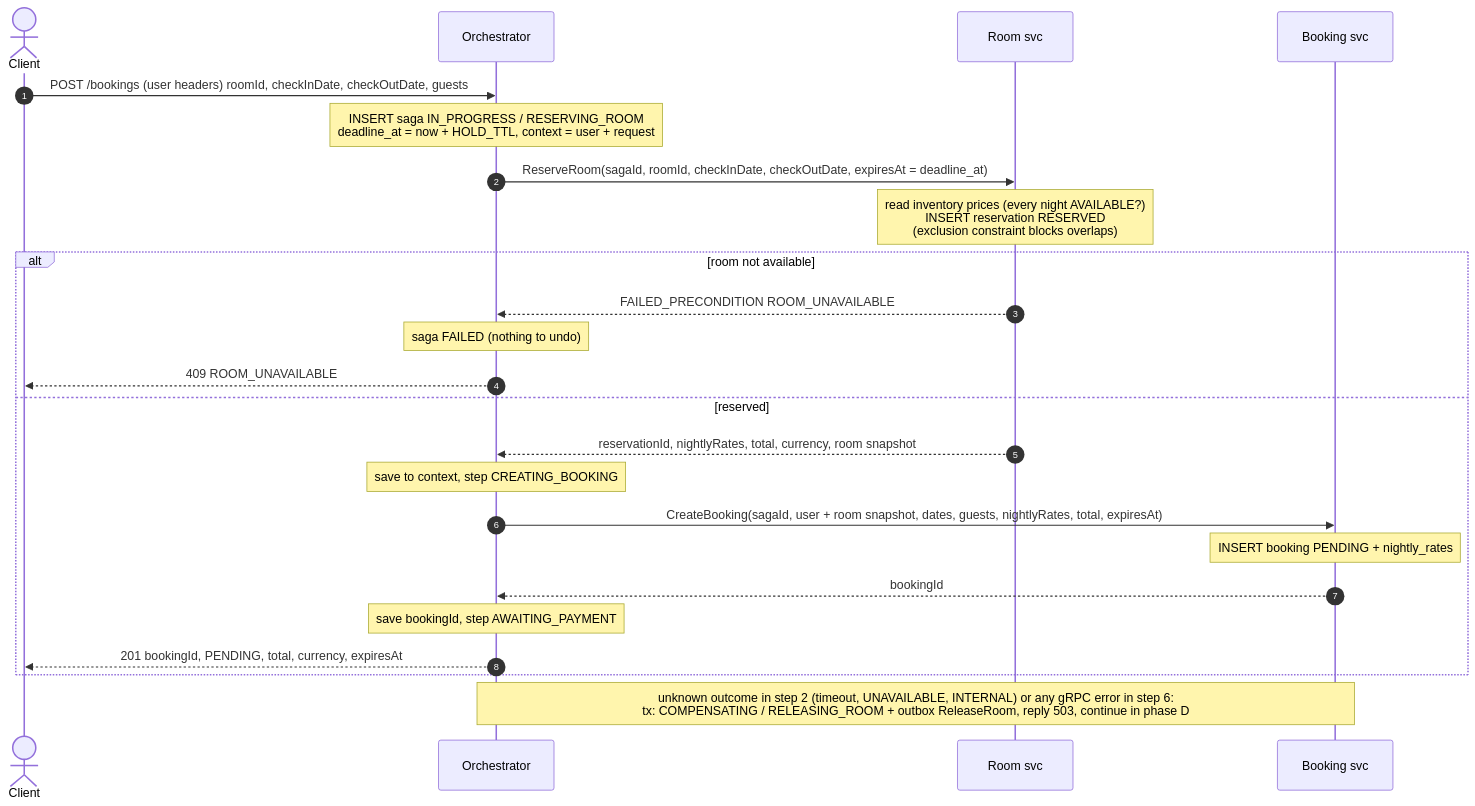
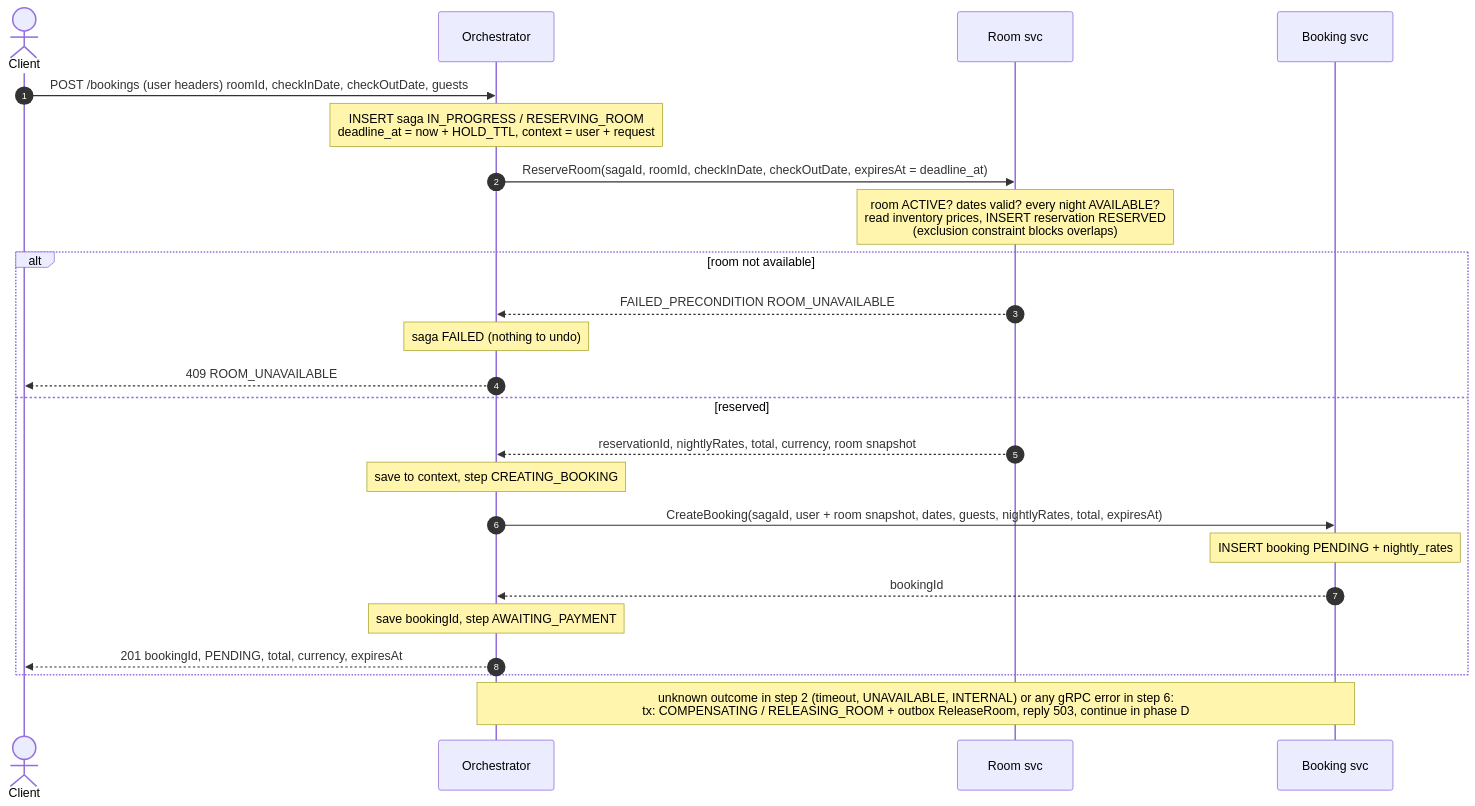
The first of 5 diagrams in doc/uc1-create-booking/flows.md (TranQuangPhong/hotel-booking-hexagon), drawn with Mermaid before and after one commit. The commit also changed other lines of this file and 10 other files, not shown here.

````diff
--- a/doc/uc1-create-booking/flows.md
+++ b/doc/uc1-create-booking/flows.md
@@ -12,27 +12,27 @@
 ```mermaid
 sequenceDiagram
     autonumber
     actor C as Client
     participant O as Orchestrator
     participant R as Room svc
     participant B as Booking svc
 
     C->>O: POST /bookings (user headers) roomId, checkInDate, checkOutDate, guests
     Note over O: INSERT saga IN_PROGRESS / RESERVING_ROOM<br/>deadline_at = now + HOLD_TTL, context = user + request
     O->>R: ReserveRoom(sagaId, roomId, checkInDate, checkOutDate, expiresAt = deadline_at)
-    Note over R: read inventory prices (every night AVAILABLE?)<br/>INSERT reservation RESERVED<br/>(exclusion constraint blocks overlaps)
+    Note over R: room ACTIVE? dates valid? every night AVAILABLE?<br/>read inventory prices, INSERT reservation RESERVED<br/>(exclusion constraint blocks overlaps)
     alt room not available
         R-->>O: FAILED_PRECONDITION ROOM_UNAVAILABLE
         Note over O: saga FAILED (nothing to undo)
         O-->>C: 409 ROOM_UNAVAILABLE
     else reserved
         R-->>O: reservationId, nightlyRates, total, currency, room snapshot
         Note over O: save to context, step CREATING_BOOKING
         O->>B: CreateBooking(sagaId, user + room snapshot, dates, guests, nightlyRates, total, expiresAt)
         Note over B: INSERT booking PENDING + nightly_rates
         B-->>O: bookingId
         Note over O: save bookingId, step AWAITING_PAYMENT
         O-->>C: 201 bookingId, PENDING, total, currency, expiresAt
     end
     Note over O,B: unknown outcome in step 2 (timeout, UNAVAILABLE, INTERNAL) or any gRPC error in step 6:<br/>tx: COMPENSATING / RELEASING_ROOM + outbox ReleaseRoom, reply 503, continue in phase D
 ```
````
